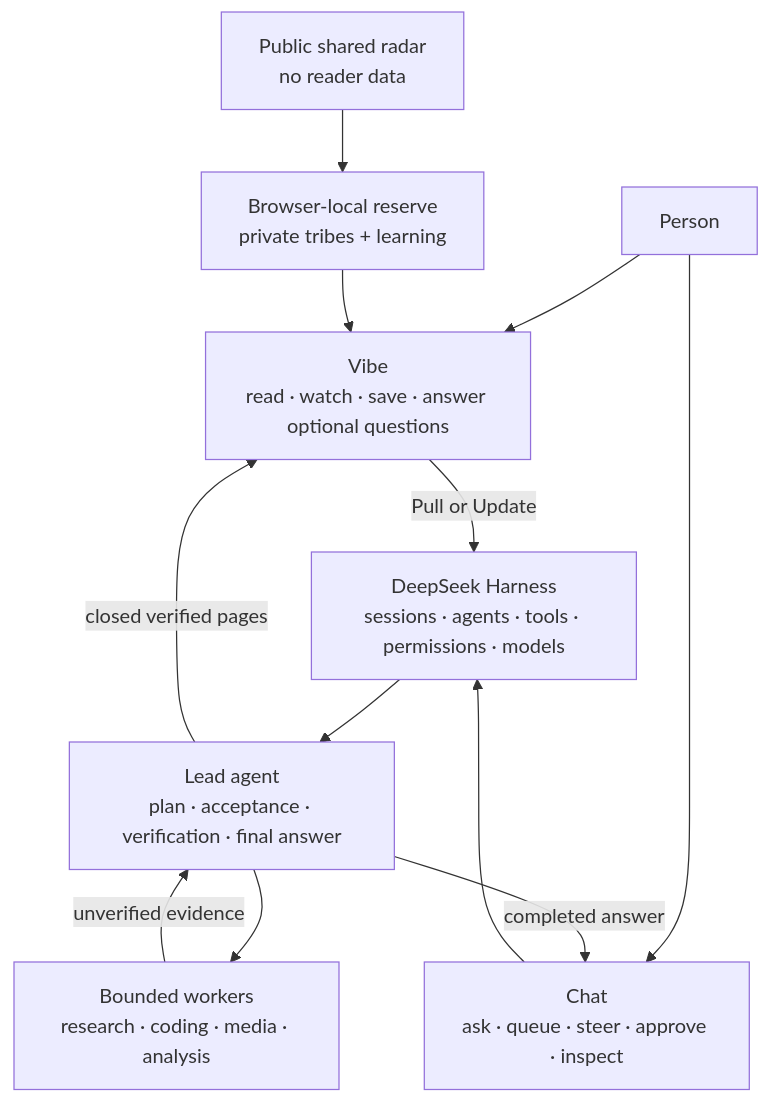
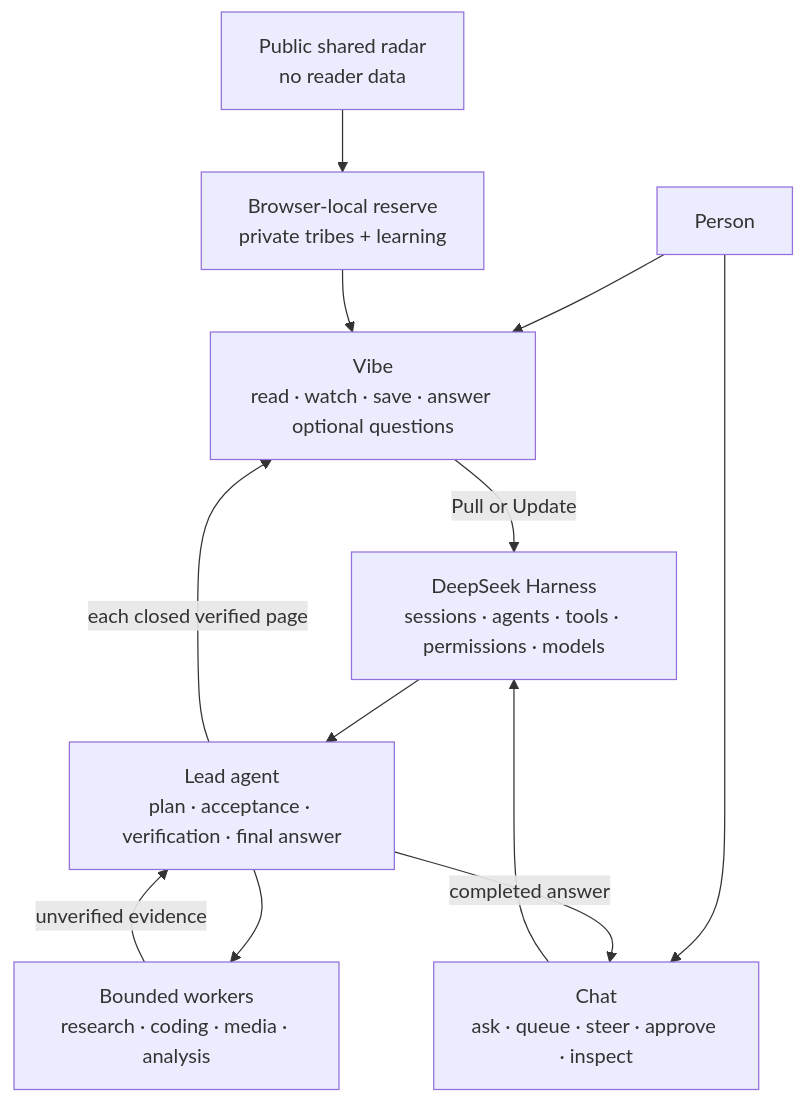
Before and after one commit to N9-Developer-Empowerment/DSH-Vibeify: the first of 3 diagrams in docs/HOW_IT_WORKS.md, drawn with Mermaid. The commit also changed other lines of this file and 21 other files, not shown here.

````diff
--- a/docs/HOW_IT_WORKS.md
+++ b/docs/HOW_IT_WORKS.md
@@ -21,21 +21,21 @@
 ```mermaid
 flowchart TB
     PERSON["Person"]
     VIBE["Vibe\nread · watch · save · answer optional questions"]
     CHAT["Chat\nask · queue · steer · approve · inspect"]
     DSH["DeepSeek Harness\nsessions · agents · tools · permissions · models"]
     LEAD["Lead agent\nplan · acceptance · verification · final answer"]
     WORKERS["Bounded workers\nresearch · coding · media · analysis"]
 
     PERSON --> VIBE
     PERSON --> CHAT
     CHAT --> DSH
     RADAR["Public shared radar\nno reader data"] --> RESERVE["Browser-local reserve\nprivate tribes + learning"]
     RESERVE --> VIBE
     VIBE -->|"Pull or Update"| DSH
     DSH --> LEAD
     LEAD --> WORKERS
     WORKERS -->|"unverified evidence"| LEAD
     LEAD -->|"completed answer"| CHAT
-    LEAD -->|"closed verified pages"| VIBE
+    LEAD -->|"each closed verified page"| VIBE
 ```
````
